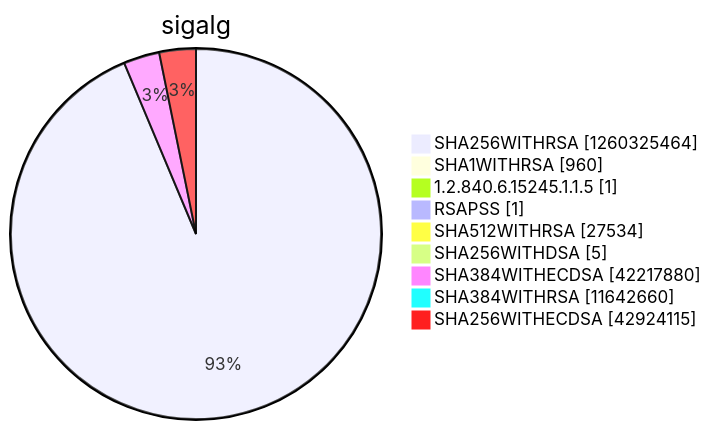
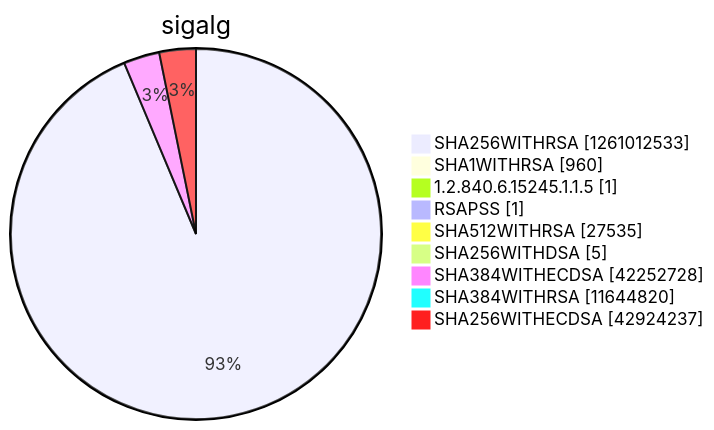
One commit to christiankrug/ctmonitor_visualization changed diagram 15 of 15 in argon2022/README.md. Above: the diagram before and after it, drawn with Mermaid. The commit also changed other lines of this file, not shown here.

````diff
--- a/argon2022/README.md
+++ b/argon2022/README.md
@@ -5522,13 +5522,13 @@
 ```mermaid
 pie showData
 title sigalg
-"SHA256WITHRSA" :1260325464
+"SHA256WITHRSA" :1261012533
 "SHA1WITHRSA" :960
 "1.2.840.6.15245.1.1.5" :1
 "RSAPSS" :1
-"SHA512WITHRSA" :27534
+"SHA512WITHRSA" :27535
 "SHA256WITHDSA" :5
-"SHA384WITHECDSA" :42217880
-"SHA384WITHRSA" :11642660
-"SHA256WITHECDSA" :42924115
+"SHA384WITHECDSA" :42252728
+"SHA384WITHRSA" :11644820
+"SHA256WITHECDSA" :42924237
 ```
````
